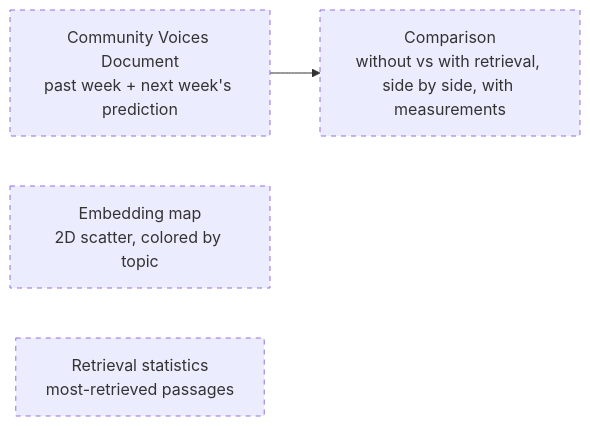
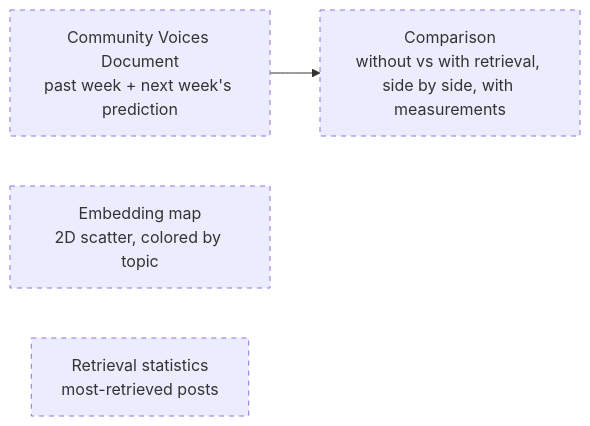
One commit to brianaderer/transcendent changed the diagram in docs/atlas/30-frontend.md. Above: the diagram before and after it, drawn with Mermaid. The commit also changed other lines of this file and 8 other files, not shown here.

````diff
--- a/docs/atlas/30-frontend.md
+++ b/docs/atlas/30-frontend.md
@@ -29,10 +32,10 @@
 ```mermaid
 flowchart LR
     DOC["Community Voices Document<br/>past week + next week's prediction"]
     AB["Comparison<br/>without vs with retrieval, side by side, with measurements"]
     MAP["Embedding map<br/>2D scatter, colored by topic"]
-    STATS["Retrieval statistics<br/>most-retrieved passages"]
+    STATS["Retrieval statistics<br/>most-retrieved posts"]
     DOC --> AB
     classDef open stroke-dasharray: 5 5
     class DOC,AB,MAP,STATS open
 ```
````
